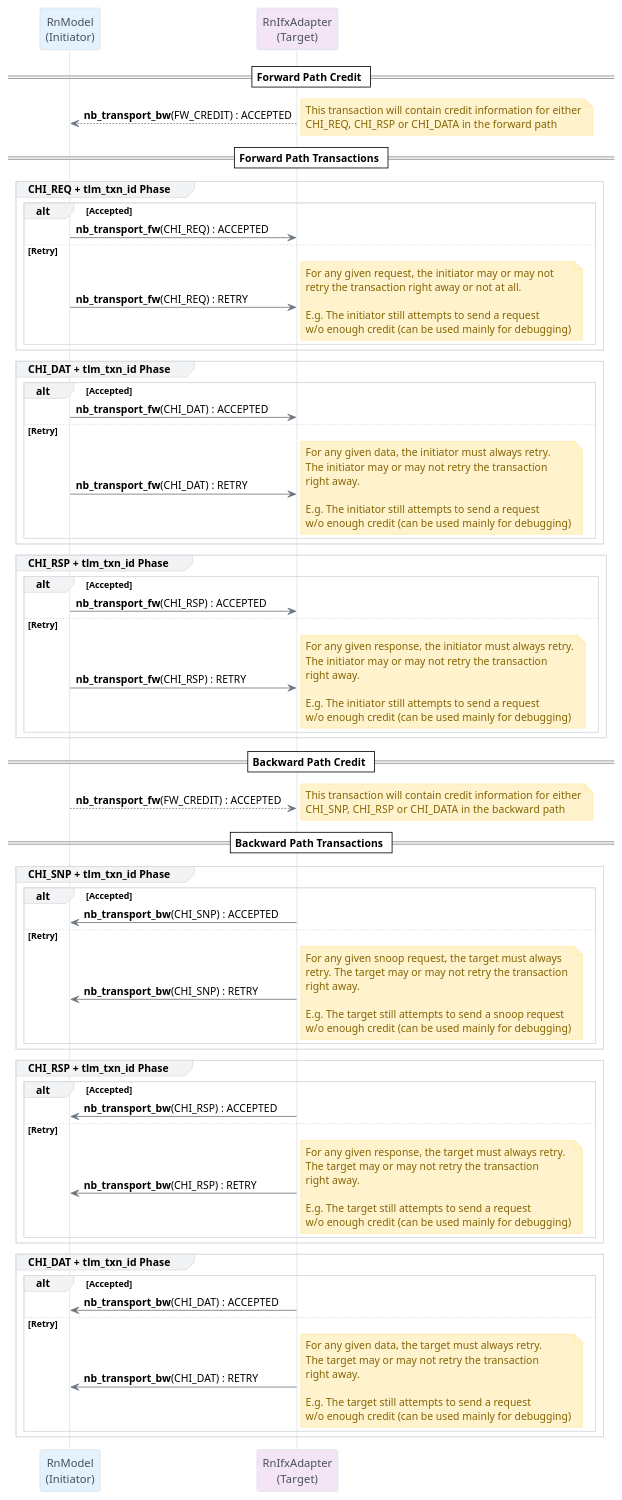
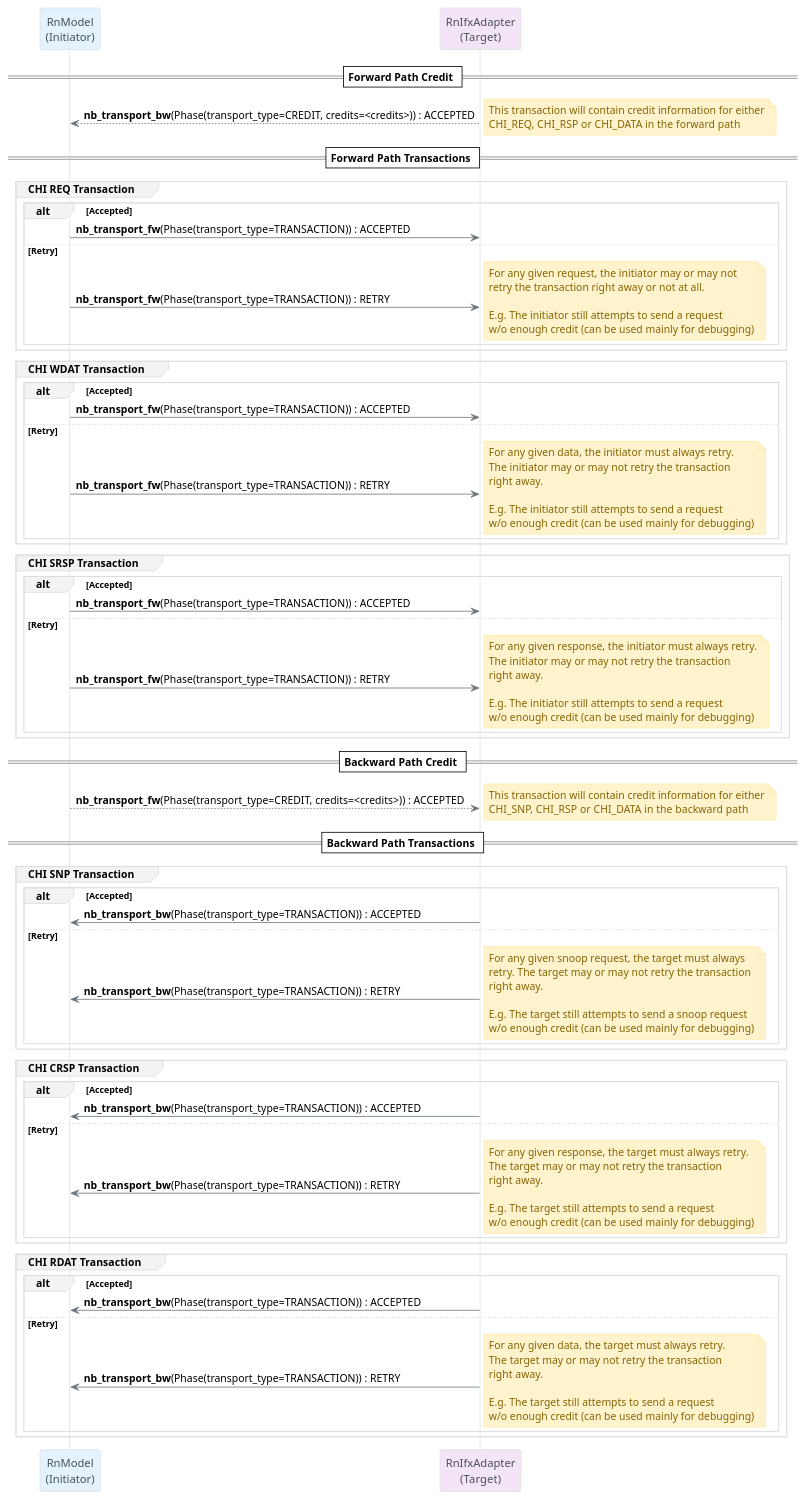
The diagram in amba_chi/docs/uml/RnTlmTransactions.plantuml (signature-ip-ai/chronos), drawn with PlantUML before and after one commit. The commit also changed 6 other files, not shown here.

```diff
--- a/amba_chi/docs/uml/RnTlmTransactions.plantuml
+++ b/amba_chi/docs/uml/RnTlmTransactions.plantuml
@@ -1,138 +1,138 @@
 @startuml
 !theme plain
 skinparam {
     backgroundColor white
     participant {
         backgroundColor #f8f9fa
         borderColor #dee2e6
         fontColor #495057
     }
     sequence {
         arrowColor #6c757d
         lifeLineBackgroundColor #ffffff
         lifeLineBorderColor #dee2e6
         groupBackgroundColor #f1f3f4
         groupBorderColor #dadce0
     }
     note {
         backgroundColor #fff3cd
         borderColor #ffeaa7
         fontColor #856404
     }
 }
 
 participant "RnModel\n(Initiator)" as I #e3f2fd
 participant "RnIfxAdapter\n(Target)" as T #f3e5f5
 
 == Forward Path Credit ==
-I <-- T : **nb_transport_bw**(FW_CREDIT) : ACCEPTED
+I <-- T : **nb_transport_bw**(Phase(transport_type=CREDIT, credits=<credits>)) : ACCEPTED
 note right
   This transaction will contain credit information for either
   CHI_REQ, CHI_RSP or CHI_DATA in the forward path
 end note
 
 == Forward Path Transactions ==
-group CHI_REQ + tlm_txn_id Phase
+group CHI REQ Transaction
     alt Accepted
-        I -> T : **nb_transport_fw**(CHI_REQ) : ACCEPTED
+        I -> T : **nb_transport_fw**(Phase(transport_type=TRANSACTION)) : ACCEPTED
     else Retry
-        I -> T : **nb_transport_fw**(CHI_REQ) : RETRY
+        I -> T : **nb_transport_fw**(Phase(transport_type=TRANSACTION)) : RETRY
         note right
           For any given request, the initiator may or may not
           retry the transaction right away or not at all.
 
           E.g. The initiator still attempts to send a request
           w/o enough credit (can be used mainly for debugging)
         end note
     end
 end
 
-group CHI_DAT + tlm_txn_id Phase
+group CHI WDAT Transaction
     alt Accepted
-        I -> T : **nb_transport_fw**(CHI_DAT) : ACCEPTED
+        I -> T : **nb_transport_fw**(Phase(transport_type=TRANSACTION)) : ACCEPTED
     else Retry
-        I -> T : **nb_transport_fw**(CHI_DAT) : RETRY
+        I -> T : **nb_transport_fw**(Phase(transport_type=TRANSACTION)) : RETRY
         note right
           For any given data, the initiator must always retry.
           The initiator may or may not retry the transaction
           right away.
 
           E.g. The initiator still attempts to send a request
           w/o enough credit (can be used mainly for debugging)
         end note
     end
 end
 
-group CHI_RSP + tlm_txn_id Phase
+group CHI SRSP Transaction
     alt Accepted
-        I -> T : **nb_transport_fw**(CHI_RSP) : ACCEPTED
+        I -> T : **nb_transport_fw**(Phase(transport_type=TRANSACTION)) : ACCEPTED
     else Retry
-        I -> T : **nb_transport_fw**(CHI_RSP) : RETRY
+        I -> T : **nb_transport_fw**(Phase(transport_type=TRANSACTION)) : RETRY
         note right
           For any given response, the initiator must always retry.
           The initiator may or may not retry the transaction
           right away.
 
           E.g. The initiator still attempts to send a request
           w/o enough credit (can be used mainly for debugging)
         end note
     end
 end
 
 == Backward Path Credit ==
-I --> T : **nb_transport_fw**(FW_CREDIT) : ACCEPTED
+I --> T : **nb_transport_fw**(Phase(transport_type=CREDIT, credits=<credits>)) : ACCEPTED
 note right
   This transaction will contain credit information for either
   CHI_SNP, CHI_RSP or CHI_DATA in the backward path
 end note
 
 == Backward Path Transactions ==
-group CHI_SNP + tlm_txn_id Phase
+group CHI SNP Transaction
     alt Accepted
-        I <- T : **nb_transport_bw**(CHI_SNP) : ACCEPTED
+        I <- T : **nb_transport_bw**(Phase(transport_type=TRANSACTION)) : ACCEPTED
     else Retry
-        I <- T : **nb_transport_bw**(CHI_SNP) : RETRY
+        I <- T : **nb_transport_bw**(Phase(transport_type=TRANSACTION)) : RETRY
         note right
           For any given snoop request, the target must always
           retry. The target may or may not retry the transaction
           right away.
 
           E.g. The target still attempts to send a snoop request
           w/o enough credit (can be used mainly for debugging)
         end note
     end
 end
 
-group CHI_RSP + tlm_txn_id Phase
+group CHI CRSP Transaction
     alt Accepted
-        I <- T : **nb_transport_bw**(CHI_RSP) : ACCEPTED
+        I <- T : **nb_transport_bw**(Phase(transport_type=TRANSACTION)) : ACCEPTED
     else Retry
-        I <- T : **nb_transport_bw**(CHI_RSP) : RETRY
+        I <- T : **nb_transport_bw**(Phase(transport_type=TRANSACTION)) : RETRY
         note right
           For any given response, the target must always retry.
           The target may or may not retry the transaction
           right away.
 
           E.g. The target still attempts to send a request
           w/o enough credit (can be used mainly for debugging)
         end note
     end
 end
 
-group CHI_DAT + tlm_txn_id Phase
+group CHI RDAT Transaction
     alt Accepted
-        I <- T : **nb_transport_bw**(CHI_DAT) : ACCEPTED
+        I <- T : **nb_transport_bw**(Phase(transport_type=TRANSACTION)) : ACCEPTED
     else Retry
-        I <- T : **nb_transport_bw**(CHI_DAT) : RETRY
+        I <- T : **nb_transport_bw**(Phase(transport_type=TRANSACTION)) : RETRY
         note right
           For any given data, the target must always retry.
           The target may or may not retry the transaction
           right away.
 
           E.g. The target still attempts to send a request
           w/o enough credit (can be used mainly for debugging)
         end note
     end
 end
 
 @enduml
```
